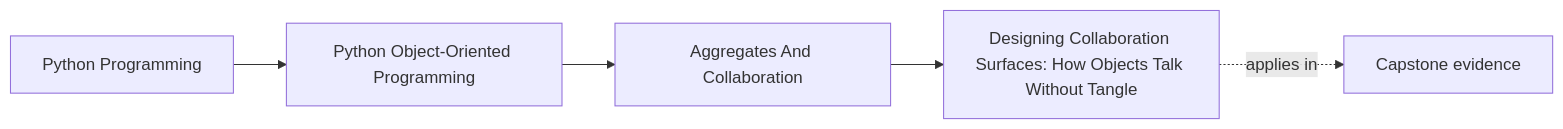
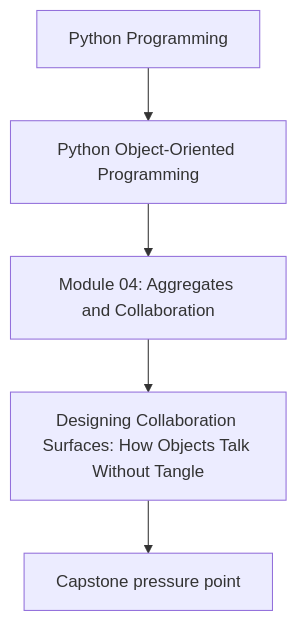
One commit to bijux/bijux-masterclass changed the first of 2 diagrams in programs/python-programming/python-object-oriented-programming/course-book/module-04-aggregates-and-collaboration/collaboration-surfaces-without-tangle.md. Above: the diagram before and after it, drawn with Mermaid. The commit also changed other lines of this file and 107 other files, not shown here.

Commit message:
docs(python-object-oriented-programming): align concept page diagrams

````diff
--- a/programs/python-programming/python-object-oriented-programming/course-book/module-04-aggregates-and-collaboration/collaboration-surfaces-without-tangle.md
+++ b/programs/python-programming/python-object-oriented-programming/course-book/module-04-aggregates-and-collaboration/collaboration-surfaces-without-tangle.md
@@ -7,11 +7,7 @@
 ```mermaid
-graph LR
-  family["Python Programming"]
-  program["Python Object-Oriented Programming"]
-  section["Aggregates And Collaboration"]
-  page["Designing Collaboration Surfaces: How Objects Talk Without Tangle"]
-  capstone["Capstone evidence"]
-
-  family --> program --> section --> page
-  page -.applies in.-> capstone
+flowchart TD
+  family["Python Programming"] --> program["Python Object-Oriented Programming"]
+  program --> module["Module 04: Aggregates and Collaboration"]
+  module --> concept["Designing Collaboration Surfaces: How Objects Talk Without Tangle"]
+  concept --> capstone["Capstone pressure point"]
 ```
````
